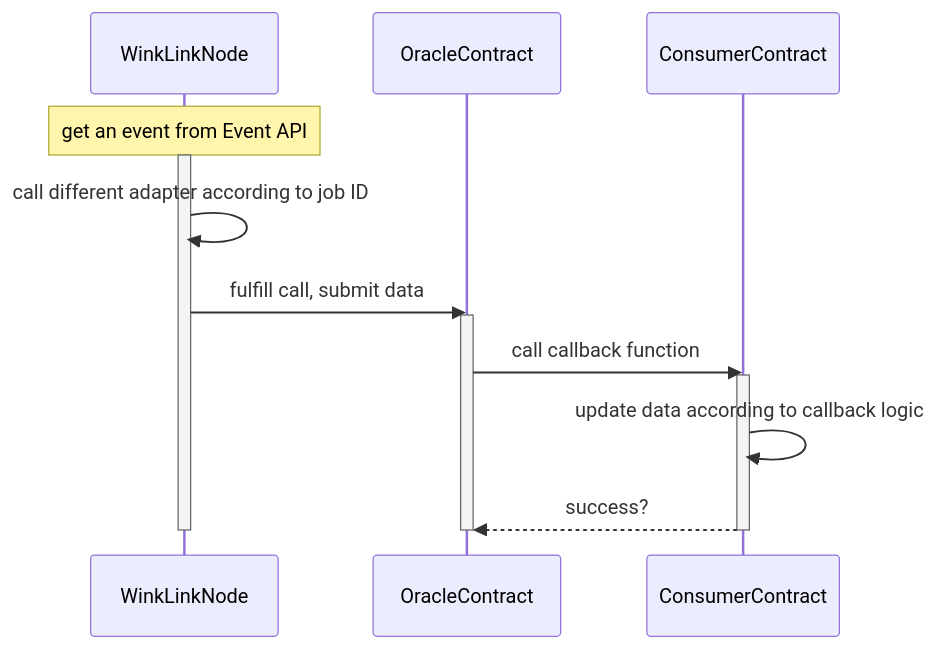
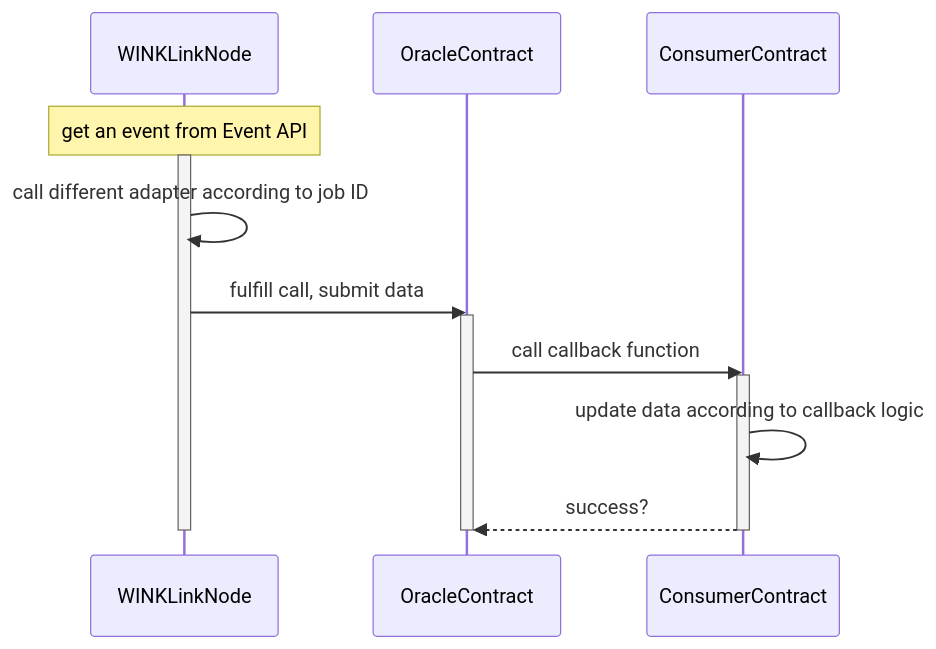
Before and after one commit to wink-link/winklink-doc: the third of 3 diagrams in docs/en/architecture.md, drawn with Mermaid. The commit also changed other lines of this file and 10 other files, not shown here.

Commit message:
rename WinkLink as WINKLink

````diff
--- a/docs/en/architecture.md
+++ b/docs/en/architecture.md
@@ -54,15 +54,15 @@
 ```mermaid
 sequenceDiagram
-    Note over WinkLinkNode: get an event from Event API
-    activate WinkLinkNode
-    WinkLinkNode->>WinkLinkNode: call different adapter according to job ID
-    WinkLinkNode->>OracleContract: fulfill call, submit data
+    Note over WINKLinkNode: get an event from Event API
+    activate WINKLinkNode
+    WINKLinkNode->>WINKLinkNode: call different adapter according to job ID
+    WINKLinkNode->>OracleContract: fulfill call, submit data
     activate OracleContract
     OracleContract->>ConsumerContract: call callback function
     activate ConsumerContract
     ConsumerContract->>ConsumerContract: update data according to callback logic
     ConsumerContract-->>OracleContract: success?
     deactivate ConsumerContract
     deactivate OracleContract
-    deactivate WinkLinkNode
+    deactivate WINKLinkNode
 ```
````
